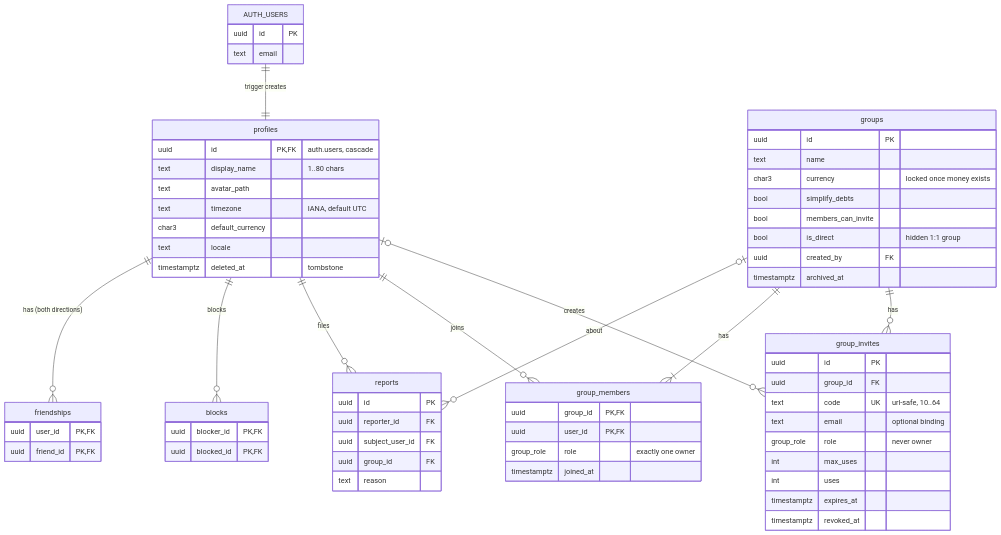
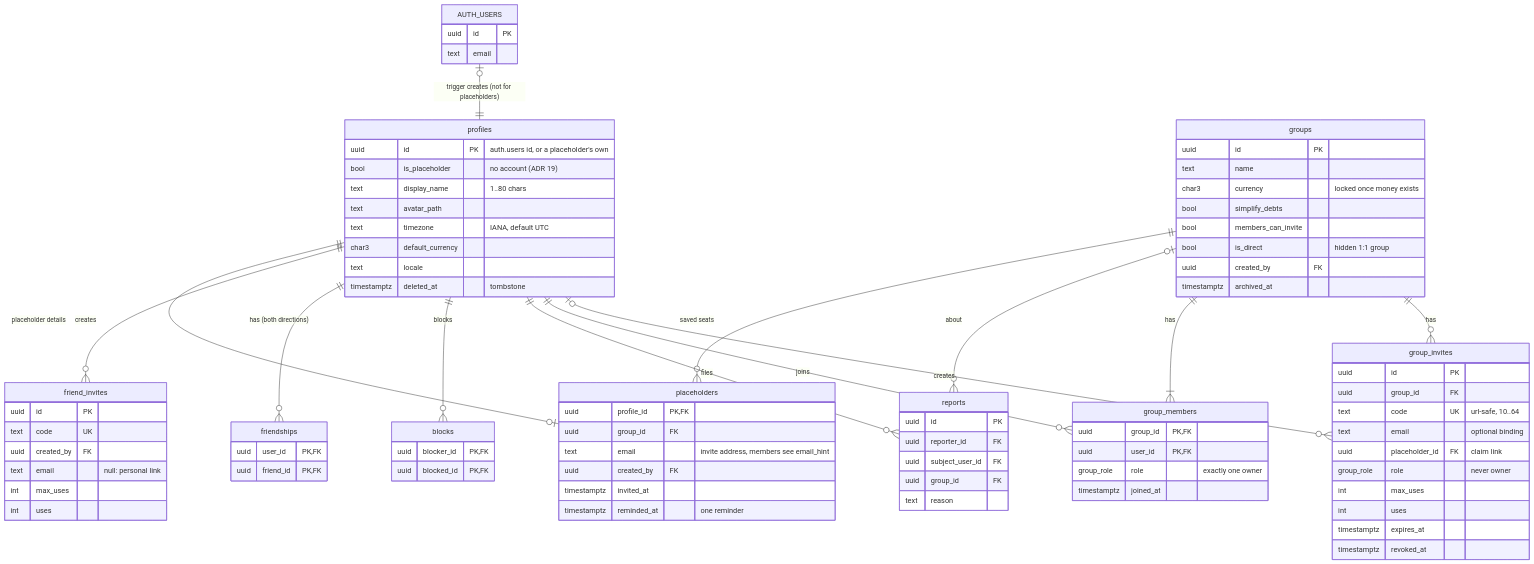
Before and after one commit to Fermulate/potluck: the fourth of 6 diagrams in docs/architecture.md, drawn with Mermaid. The commit also changed other lines of this file and 10 other files, not shown here.

Commit message:
docs: placeholders and friends in architecture, sequences, security and the parity matrix

````diff
--- a/docs/architecture.md
+++ b/docs/architecture.md
@@ -140,6 +140,9 @@
 ```mermaid
 erDiagram
-  AUTH_USERS ||--|| profiles : "trigger creates"
+  AUTH_USERS |o--|| profiles : "trigger creates (not for placeholders)"
+  profiles ||--o| placeholders : "placeholder details"
+  groups ||--o{ placeholders : "saved seats"
+  profiles ||--o{ friend_invites : creates
   profiles ||--o{ friendships : "has (both directions)"
   profiles ||--o{ blocks : blocks
   profiles ||--o{ reports : files
@@ -154,13 +157,30 @@
     text email
   }
   profiles {
-    uuid id PK, FK "auth.users, cascade"
+    uuid id PK "auth.users id, or a placeholder's own"
+    bool is_placeholder "no account (ADR 19)"
     text display_name "1..80 chars"
     text avatar_path
     text timezone "IANA, default UTC"
     char3 default_currency
     text locale
     timestamptz deleted_at "tombstone"
+  }
+  placeholders {
+    uuid profile_id PK, FK
+    uuid group_id FK
+    text email "invite address, members see email_hint"
+    uuid created_by FK
+    timestamptz invited_at
+    timestamptz reminded_at "one reminder"
+  }
+  friend_invites {
+    uuid id PK
+    text code UK
+    uuid created_by FK
+    text email "null: personal link"
+    int max_uses
+    int uses
   }
   friendships {
     uuid user_id PK, FK
@@ -198,6 +218,7 @@
     uuid group_id FK
     text code UK "url-safe, 10..64"
     text email "optional binding"
+    uuid placeholder_id FK "claim link"
     group_role role "never owner"
     int max_uses
     int uses
````
